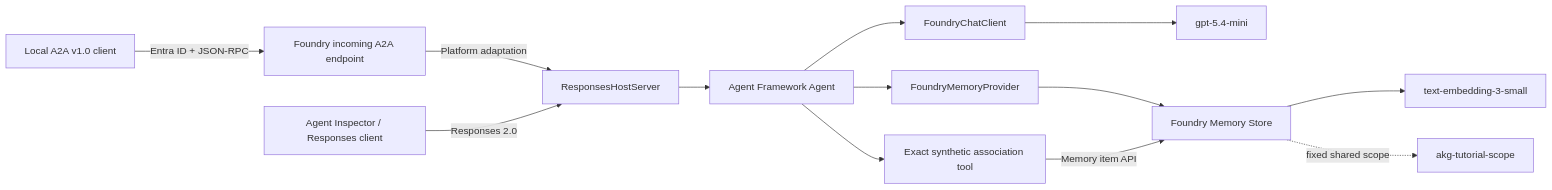
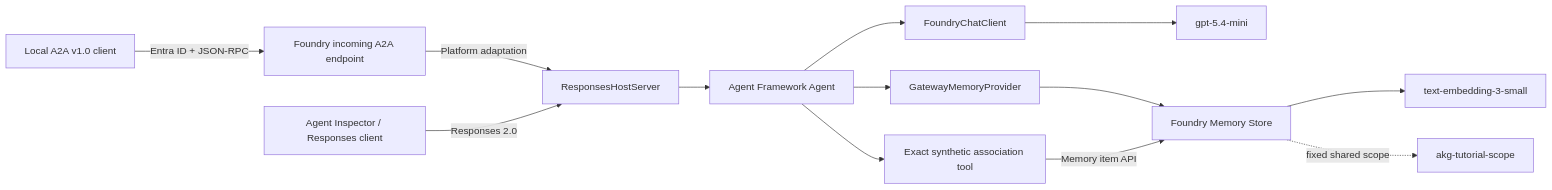
Before and after one commit to shinyay/getting-started-with-foundry-toolkit-in-practice: the diagram in agentic-knowledge-gateway/README.md, drawn with Mermaid. The commit also changed other lines of this file and 9 other files, not shown here.

````diff
--- a/agentic-knowledge-gateway/README.md
+++ b/agentic-knowledge-gateway/README.md
@@ -74,15 +74,15 @@
 ```mermaid
 flowchart LR
     A[Local A2A v1.0 client] -->|Entra ID + JSON-RPC| B[Foundry incoming A2A endpoint]
     B -->|Platform adaptation| C[ResponsesHostServer]
     D[Agent Inspector / Responses client] -->|Responses 2.0| C
     C --> E[Agent Framework Agent]
     E --> F[FoundryChatClient]
     F --> G[gpt-5.4-mini]
-    E --> H[FoundryMemoryProvider]
+    E --> H[GatewayMemoryProvider]
     H --> I[Foundry Memory Store]
     E --> L[Exact synthetic association tool]
     L -->|Memory item API| I
     I --> J[text-embedding-3-small]
     I -. fixed shared scope .-> K[akg-tutorial-scope]
 ```
````
